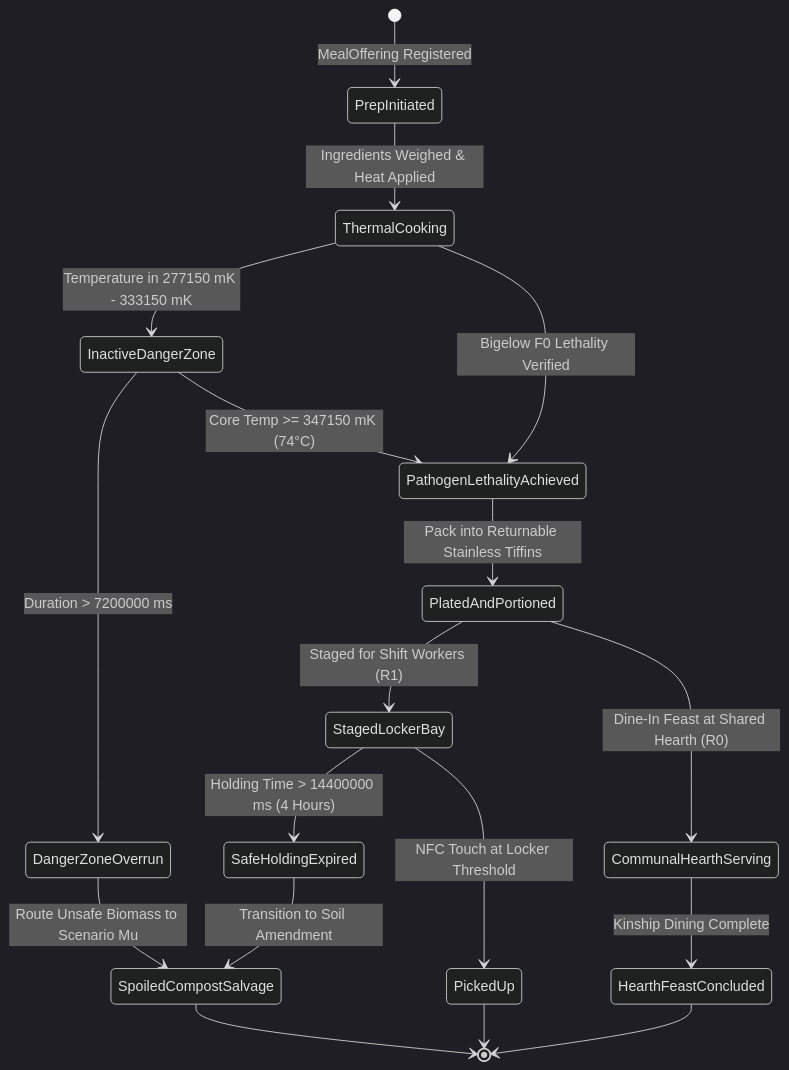
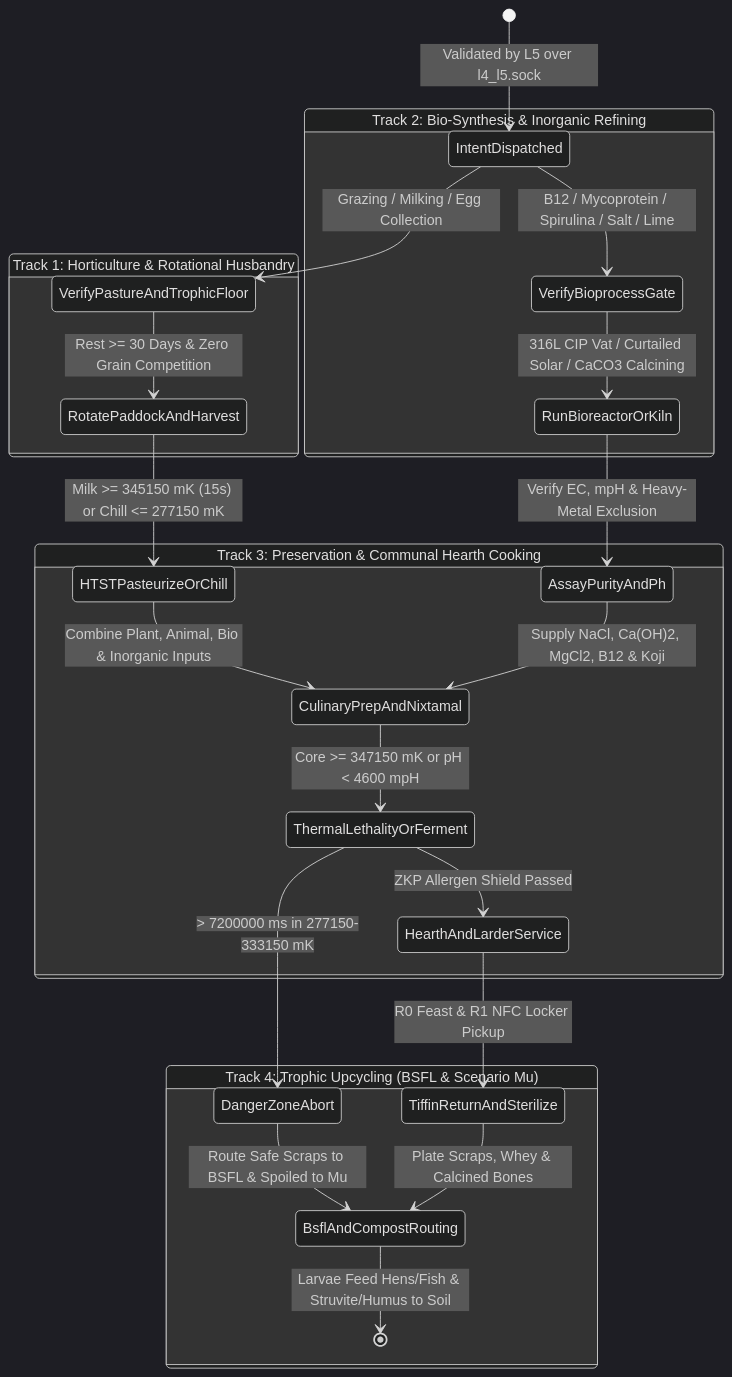
The second of 3 diagrams in docs/scenarios/gamma_kitchen.md (raffaine/collective), drawn with Mermaid (dark theme) before and after one commit. The commit also changed other lines of this file and 56 other files, not shown here.

Commit message:
feat(sprints-11-14): implement Homestead playability, 3D pathfinding, Scenario Gamma kitchen, Async Node Proxies, and Layer 6/5/4 architecture

````diff
--- a/docs/scenarios/gamma_kitchen.md
+++ b/docs/scenarios/gamma_kitchen.md
@@ -87,20 +190,31 @@
 ```mermaid
 stateDiagram-v2
-    [*] --> PrepInitiated: MealOffering Registered
-    PrepInitiated --> ThermalCooking: Ingredients Weighed & Heat Applied
-    ThermalCooking --> InactiveDangerZone: Temperature in 277150 mK - 333150 mK
-    InactiveDangerZone --> DangerZoneOverrun: Duration > 7200000 ms
-    DangerZoneOverrun --> SpoiledCompostSalvage: Route Unsafe Biomass to Scenario Mu
-    SpoiledCompostSalvage --> [*]
-    InactiveDangerZone --> PathogenLethalityAchieved: Core Temp >= 347150 mK (74°C)
-    ThermalCooking --> PathogenLethalityAchieved: Bigelow F0 Lethality Verified
-    PathogenLethalityAchieved --> PlatedAndPortioned: Pack into Returnable Stainless Tiffins
-    PlatedAndPortioned --> CommunalHearthServing: Dine-In Feast at Shared Hearth (R0)
-    PlatedAndPortioned --> StagedLockerBay: Staged for Shift Workers (R1)
-    StagedLockerBay --> SafeHoldingExpired: Holding Time > 14400000 ms (4 Hours)
-    SafeHoldingExpired --> SpoiledCompostSalvage: Transition to Soil Amendment
-    StagedLockerBay --> PickedUp: NFC Touch at Locker Threshold
-    CommunalHearthServing --> HearthFeastConcluded: Kinship Dining Complete
-    PickedUp --> [*]
-    HearthFeastConcluded --> [*]
+    [*] --> IntentDispatched: Validated by L5 over l4_l5.sock
+
+    state "Track 1: Horticulture & Rotational Husbandry" as Agro {
+        IntentDispatched --> VerifyPastureAndTrophicFloor: Grazing / Milking / Egg Collection
+        VerifyPastureAndTrophicFloor --> RotatePaddockAndHarvest: Rest >= 30 Days & Zero Grain Competition
+        RotatePaddockAndHarvest --> HTSTPasteurizeOrChill: Milk >= 345150 mK (15s) or Chill <= 277150 mK
+    }
+
+    state "Track 2: Bio-Synthesis & Inorganic Refining" as BioChem {
+        IntentDispatched --> VerifyBioprocessGate: B12 / Mycoprotein / Spirulina / Salt / Lime
+        VerifyBioprocessGate --> RunBioreactorOrKiln: 316L CIP Vat / Curtailed Solar / CaCO3 Calcining
+        RunBioreactorOrKiln --> AssayPurityAndPh: Verify EC, mpH & Heavy-Metal Exclusion
+    }
+
+    state "Track 3: Preservation & Communal Hearth Cooking" as Kitchen {
+        HTSTPasteurizeOrChill --> CulinaryPrepAndNixtamal: Combine Plant, Animal, Bio & Inorganic Inputs
+        AssayPurityAndPh --> CulinaryPrepAndNixtamal: Supply NaCl, Ca(OH)2, MgCl2, B12 & Koji
+        CulinaryPrepAndNixtamal --> ThermalLethalityOrFerment: Core >= 347150 mK or pH < 4600 mpH
+        ThermalLethalityOrFerment --> DangerZoneAbort: > 7200000 ms in 277150-333150 mK
+        ThermalLethalityOrFerment --> HearthAndLarderService: ZKP Allergen Shield Passed
+        HearthAndLarderService --> TiffinReturnAndSterilize: R0 Feast & R1 NFC Locker Pickup
+    }
+
+    state "Track 4: Trophic Upcycling (BSFL & Scenario Mu)" as Loop {
+        DangerZoneAbort --> BsflAndCompostRouting: Route Safe Scraps to BSFL & Spoiled to Mu
+        TiffinReturnAndSterilize --> BsflAndCompostRouting: Plate Scraps, Whey & Calcined Bones
+        BsflAndCompostRouting --> [*]: Larvae Feed Hens/Fish & Struvite/Humus to Soil
+    }
 ```
````
